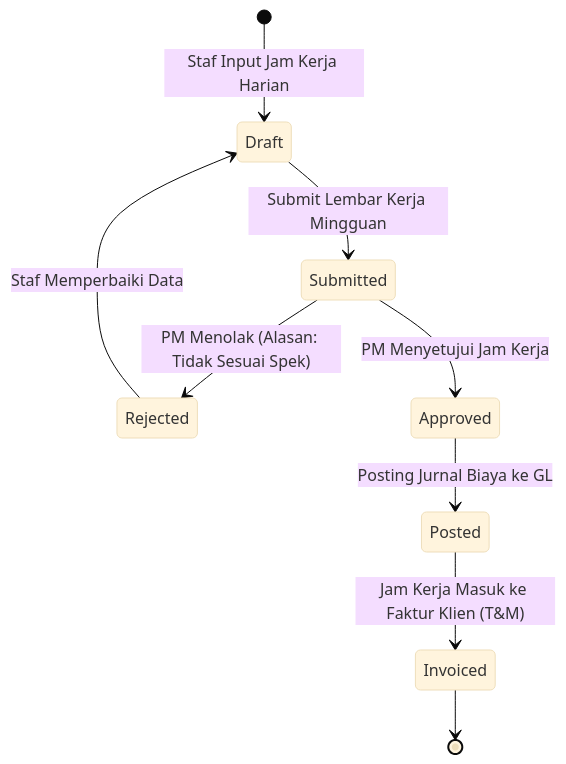
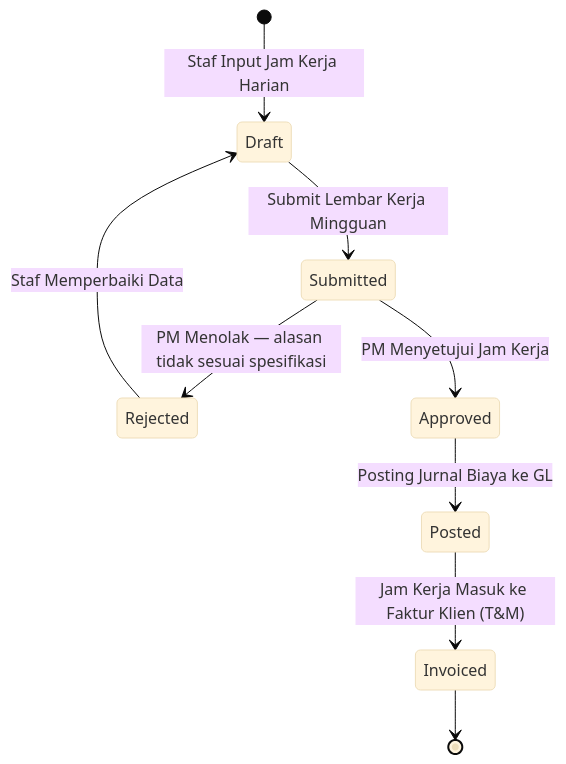
Before and after one commit to alimurrofid/erp-notes: the second of 3 diagrams in content/09-project/timesheet-and-effort-tracking.md, drawn with Mermaid (base theme). The commit also changed other lines of this file and 8 other files, not shown here.

````diff
--- a/content/09-project/timesheet-and-effort-tracking.md
+++ b/content/09-project/timesheet-and-effort-tracking.md
@@ -67,11 +67,11 @@
 ```mermaid
 stateDiagram-v2
     [*] --> Draft: Staf Input Jam Kerja Harian
     Draft --> Submitted: Submit Lembar Kerja Mingguan
-    Submitted --> Rejected: PM Menolak (Alasan: Tidak Sesuai Spek)
+    Submitted --> Rejected: PM Menolak — alasan tidak sesuai spesifikasi
     Rejected --> Draft: Staf Memperbaiki Data
     Submitted --> Approved: PM Menyetujui Jam Kerja
     Approved --> Posted: Posting Jurnal Biaya ke GL
     Posted --> Invoiced: Jam Kerja Masuk ke Faktur Klien (T&M)
     Invoiced --> [*]
 ```
````
